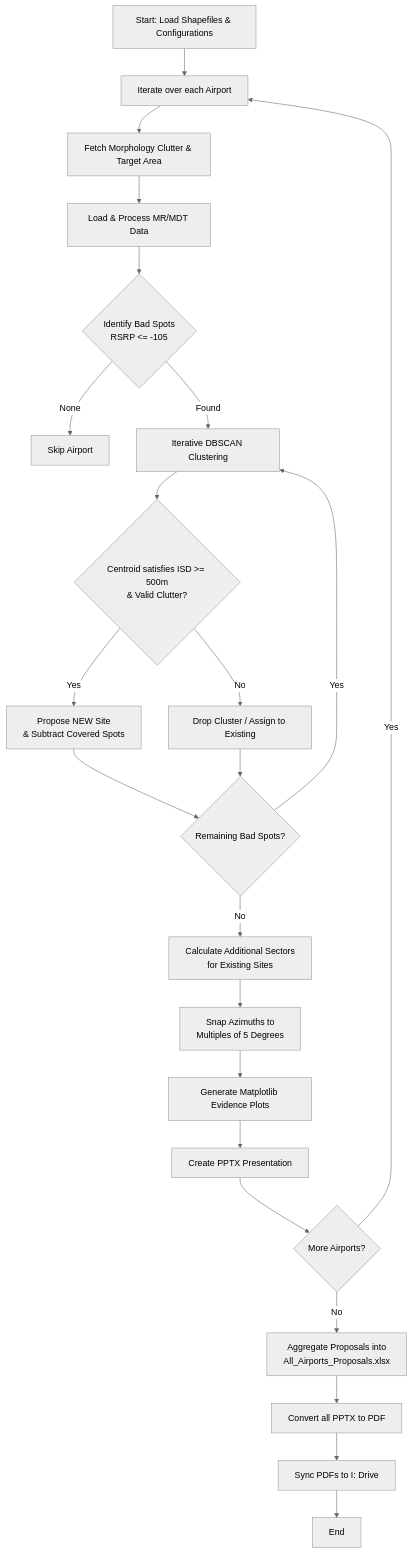
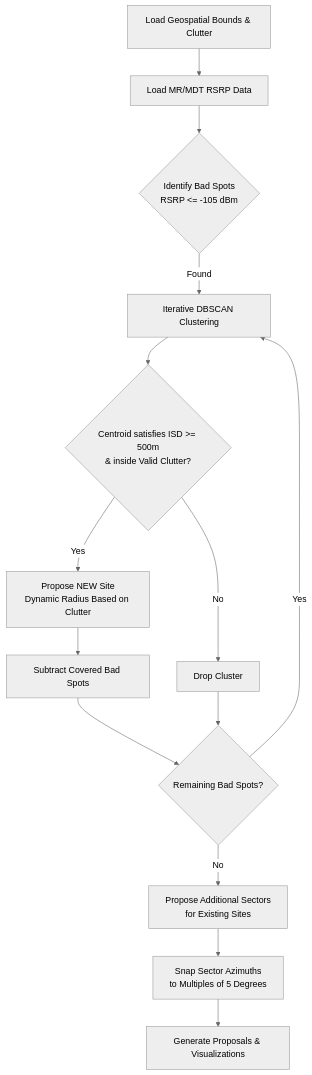
The diagram in README.md (rifkirusandi/RSRP-Improvement-AutomatedPipeline), drawn with Mermaid (neutral theme) before and after one commit.

Commit message:
docs: simplify mermaid flowchart

````diff
--- a/README.md
+++ b/README.md
@@ -38,30 +38,20 @@
 ```mermaid
 graph TD
-    A[Start: Load Shapefiles & Configurations] --> B[Iterate over each Airport]
-    B --> C[Fetch Morphology Clutter & Target Area]
-    C --> D[Load & Process MR/MDT Data]
-    D --> E{Identify Bad Spots<br/>RSRP <= -105}
-    E -->|None| F[Skip Airport]
-    E -->|Found| G[Iterative DBSCAN Clustering]
+    A[Load Geospatial Bounds & Clutter] --> B[Load MR/MDT RSRP Data]
+    B --> C{Identify Bad Spots<br/>RSRP <= -105 dBm}
+    C -->|Found| D[Iterative DBSCAN Clustering]
     
-    G --> H{Centroid satisfies ISD >= 500m<br/>& Valid Clutter?}
-    H -->|Yes| I[Propose NEW Site<br/>& Subtract Covered Spots]
-    H -->|No| J[Drop Cluster / Assign to Existing]
+    D --> E{Centroid satisfies ISD >= 500m<br/>& inside Valid Clutter?}
+    E -->|Yes| F[Propose NEW Site<br/>Dynamic Radius Based on Clutter]
+    F --> G[Subtract Covered Bad Spots]
+    E -->|No| H[Drop Cluster]
     
-    I --> K{Remaining Bad Spots?}
-    J --> K
+    G --> I{Remaining Bad Spots?}
+    H --> I
     
-    K -->|Yes| G
-    K -->|No| L[Calculate Additional Sectors<br/>for Existing Sites]
+    I -->|Yes| D
+    I -->|No| J[Propose Additional Sectors<br/>for Existing Sites]
     
-    L --> M[Snap Azimuths to<br/>Multiples of 5 Degrees]
-    M --> N[Generate Matplotlib Evidence Plots]
-    N --> O[Create PPTX Presentation]
-    O --> P{More Airports?}
-    
-    P -->|Yes| B
-    P -->|No| Q[Aggregate Proposals into<br/>All_Airports_Proposals.xlsx]
-    Q --> R[Convert all PPTX to PDF]
-    R --> S[Sync PDFs to I: Drive]
-    S --> T[End]
+    J --> K[Snap Sector Azimuths<br/>to Multiples of 5 Degrees]
+    K --> L[Generate Proposals & Visualizations]
 ```
````
